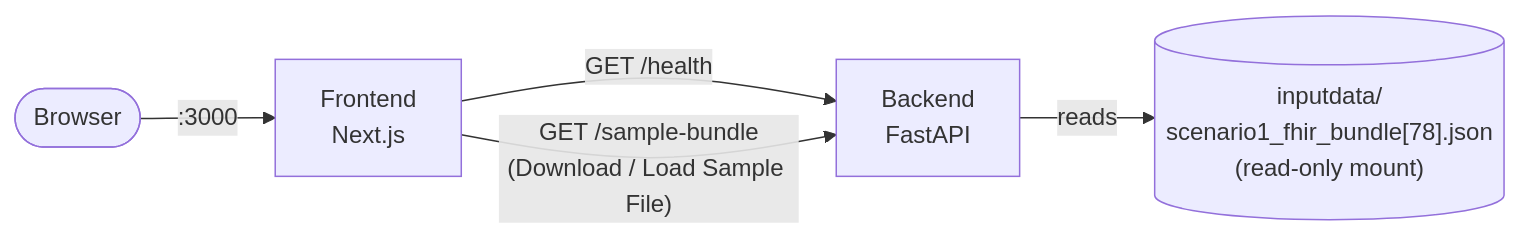
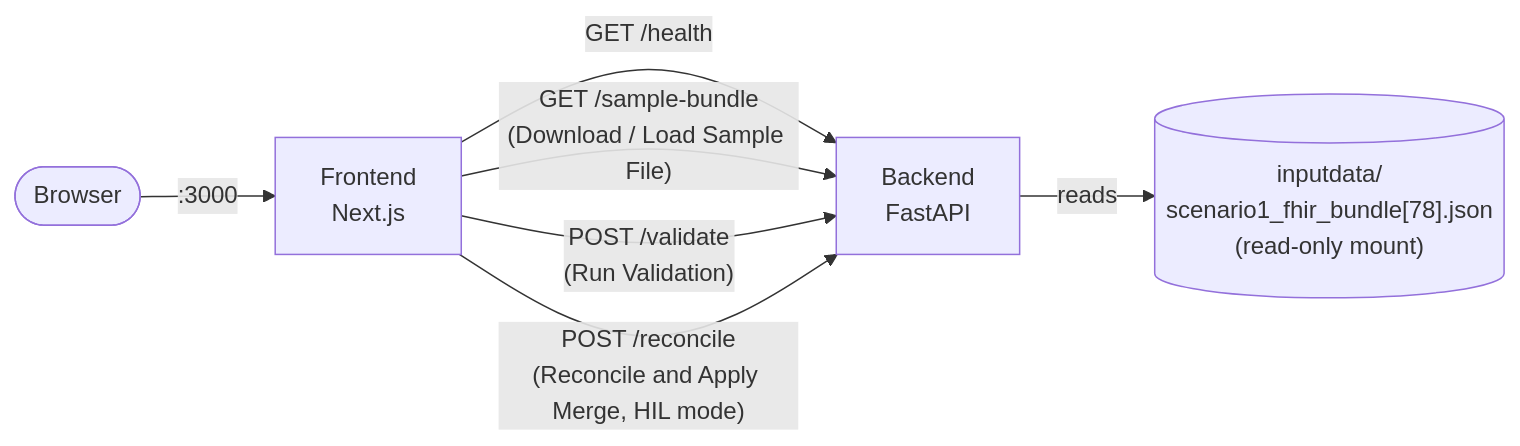
The first of 2 diagrams in project-plan/HLD.md (aaronfurtado93/patient-data-normalization), drawn with Mermaid before and after one commit. The commit also changed other lines of this file and 11 other files, not shown here.

````diff
--- a/project-plan/HLD.md
+++ b/project-plan/HLD.md
@@ -9,12 +9,14 @@
 ```mermaid
 flowchart LR
     User(["Browser"])
     FE["Frontend<br/>Next.js"]
     BE["Backend<br/>FastAPI"]
     Bundle[("inputdata/<br/>scenario1_fhir_bundle[78].json<br/>(read-only mount)")]
 
     User -->|":3000"| FE
     FE -->|"GET /health"| BE
     FE -->|"GET /sample-bundle<br/>(Download / Load Sample File)"| BE
+    FE -->|"POST /validate<br/>(Run Validation)"| BE
+    FE -->|"POST /reconcile<br/>(Reconcile and Apply Merge, HIL mode)"| BE
     BE -->|reads| Bundle
 ```
````
